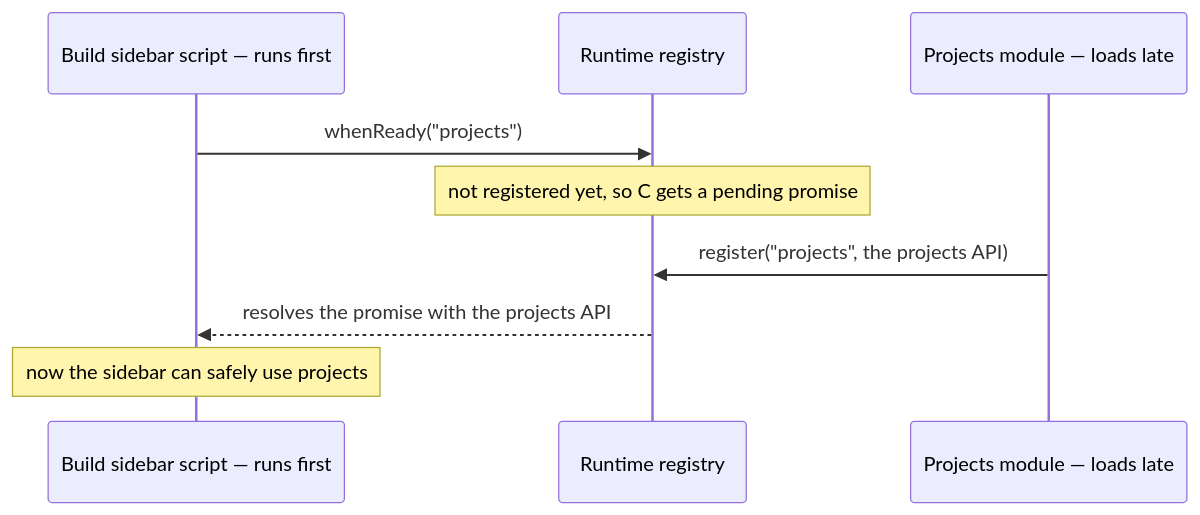
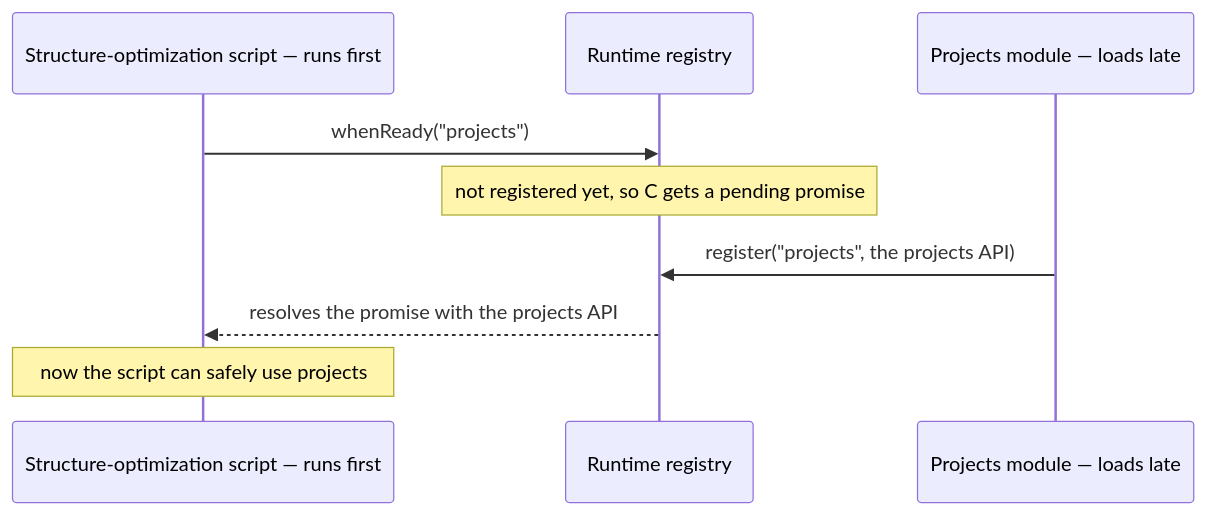
One commit to Qing-LAB/molbuilder changed the diagram in docs/web/runtime.md. Above: the diagram before and after it, drawn with Mermaid. The commit also changed other lines of this file and 71 other files, not shown here.

````diff
--- a/docs/web/runtime.md
+++ b/docs/web/runtime.md
@@ -40,11 +43,11 @@
 ```mermaid
 sequenceDiagram
-    participant C as Build sidebar script — runs first
+    participant C as Structure-optimization script — runs first
     participant R as Runtime registry
     participant P as Projects module — loads late
     C->>R: whenReady("projects")
     Note over R: not registered yet, so C gets a pending promise
     P->>R: register("projects", the projects API)
     R-->>C: resolves the promise with the projects API
-    Note over C: now the sidebar can safely use projects
+    Note over C: now the script can safely use projects
 ```
````
